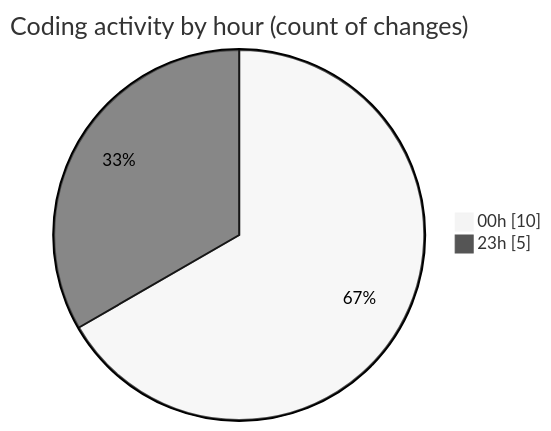
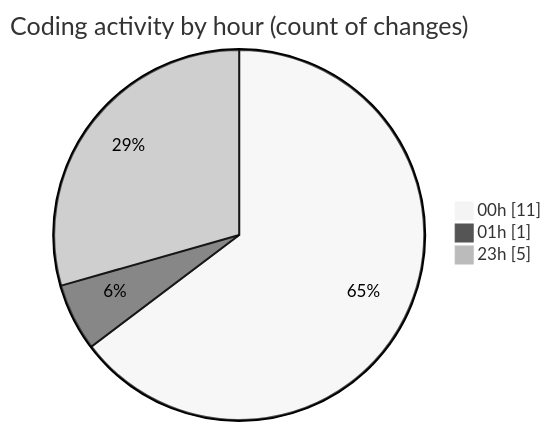
Before and after one commit to Elitesun/code-tracking: the second of 2 diagrams in 2025-02-21/projet/README.md, drawn with Mermaid (neutral theme). The commit also changed other lines of this file and 1 other file, not shown here.

````diff
--- a/2025-02-21/projet/README.md
+++ b/2025-02-21/projet/README.md
@@ -31,6 +32,7 @@
 ```mermaid
 pie showData
 title Coding activity by hour (count of changes)
-"00h" : 10
+"00h" : 11
+"01h" : 1
 "23h" : 5
 ```
````
